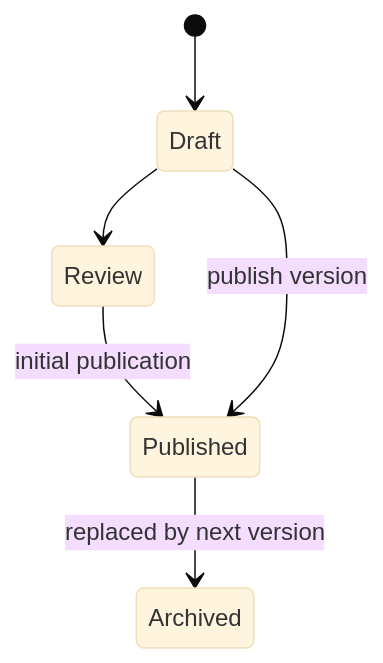
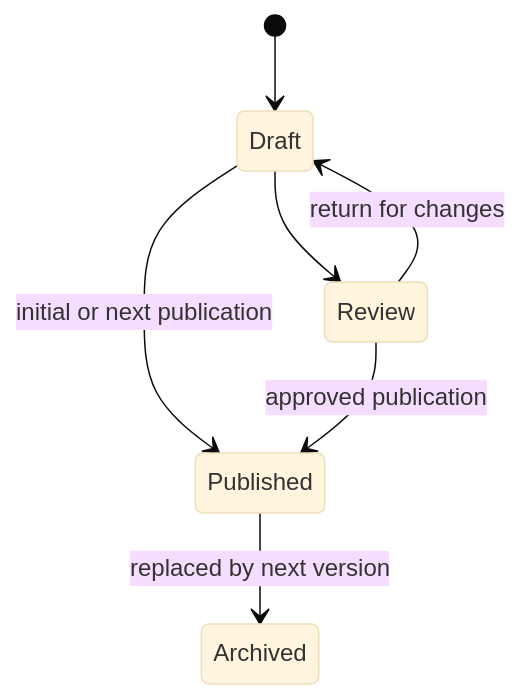
One commit to Natoandro/verso changed the first of 7 diagrams in docs/design/operations.md. Above: the diagram before and after it, drawn with Mermaid (base theme). The commit also changed other lines of this file and 7 other files, not shown here.

````diff
--- a/docs/design/operations.md
+++ b/docs/design/operations.md
@@ -13,8 +13,9 @@
 ```mermaid
 stateDiagram-v2
     [*] --> Draft
     Draft --> Review
-    Review --> Published: initial publication
-    Draft --> Published: publish version
+    Review --> Draft: return for changes
+    Draft --> Published: initial or next publication
+    Review --> Published: approved publication
     Published --> Archived: replaced by next version
 ```
````
